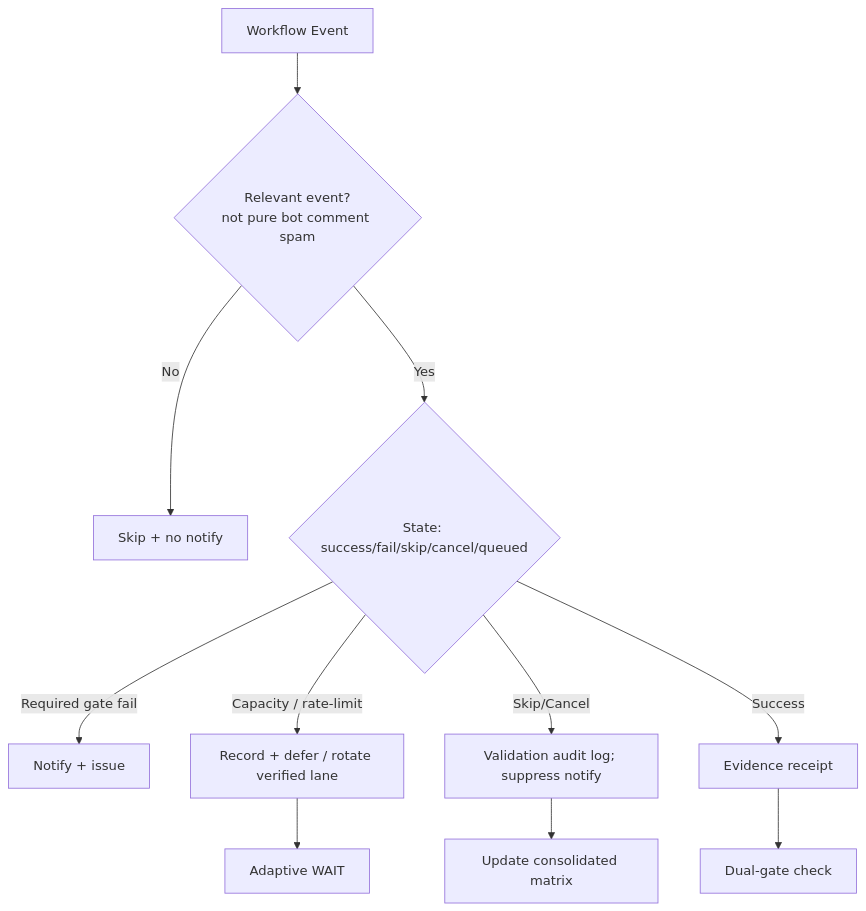
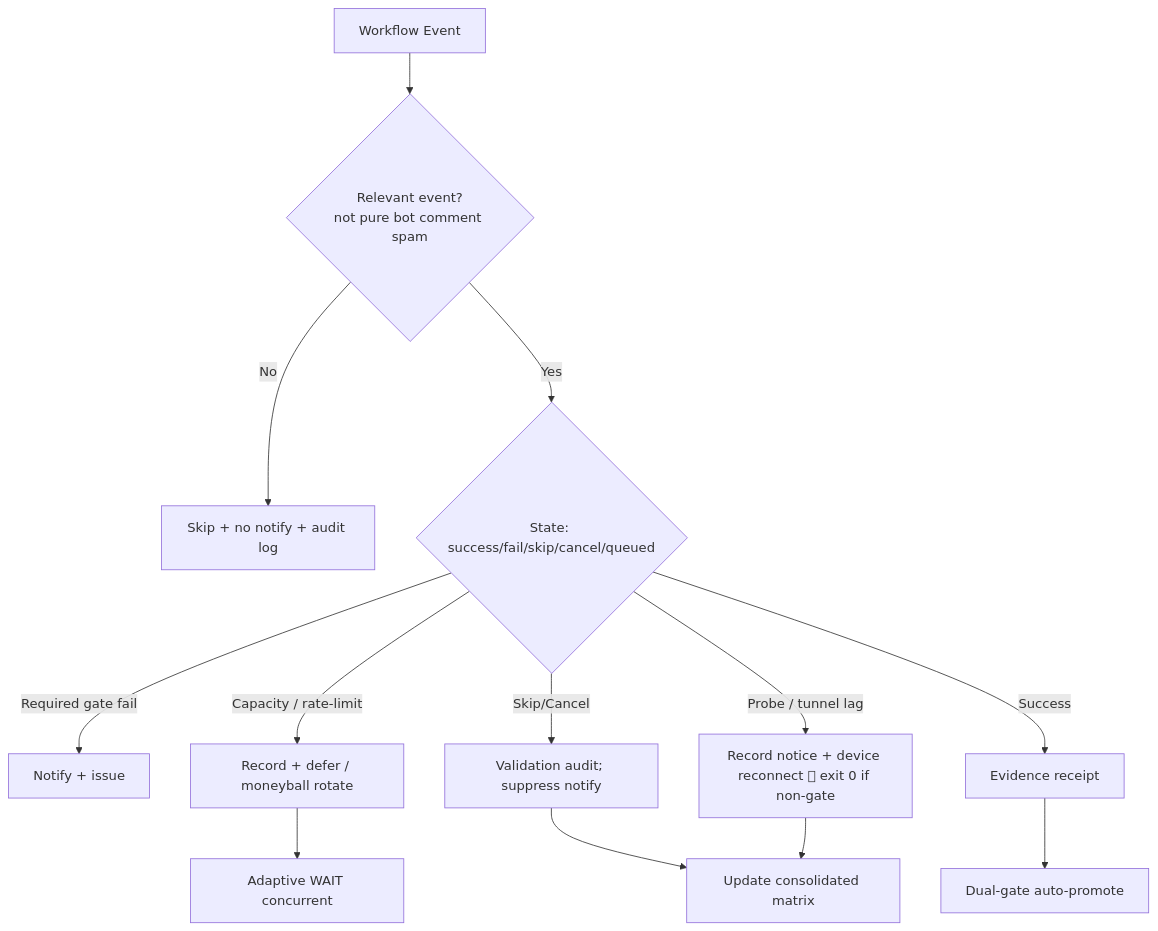
Before and after one commit to timerloggedout-spec/termux-monorepo: the diagram in docs/ops/ACTIONS-CONSOLIDATED-MATRIX-2026-10-21.md, drawn with Mermaid. The commit also changed other lines of this file, not shown here.

First line of the commit message:
ops(matrix): refresh consolidated Actions matrix on live master tip cce90d22

````diff
--- a/docs/ops/ACTIONS-CONSOLIDATED-MATRIX-2026-10-21.md
+++ b/docs/ops/ACTIONS-CONSOLIDATED-MATRIX-2026-10-21.md
@@ -37,13 +40,15 @@
 ```mermaid
 flowchart TD
   Event[Workflow Event] --> Filter{Relevant event?<br/>not pure bot comment spam}
-  Filter -->|No| Skip[Skip + no notify]
+  Filter -->|No| Skip[Skip + no notify + audit log]
   Filter -->|Yes| Classify{State: success/fail/skip/cancel/queued}
   Classify -->|Required gate fail| Alert[Notify + issue]
-  Classify -->|Capacity / rate-limit| Quota[Record + defer / rotate verified lane]
-  Classify -->|Skip/Cancel| Audit[Validation audit log; suppress notify]
+  Classify -->|Capacity / rate-limit| Quota[Record + defer / moneyball rotate]
+  Classify -->|Skip/Cancel| Audit[Validation audit; suppress notify]
   Classify -->|Success| Record[Evidence receipt]
-  Quota --> Wait[Adaptive WAIT]
+  Classify -->|Probe / tunnel lag| Device[Record notice + device reconnect #1; exit 0 if non-gate]
+  Quota --> Wait[Adaptive WAIT concurrent]
   Audit --> Matrix[Update consolidated matrix]
-  Record --> Promote[Dual-gate check]
+  Record --> Promote[Dual-gate auto-promote]
+  Device --> Matrix
 ```
````
